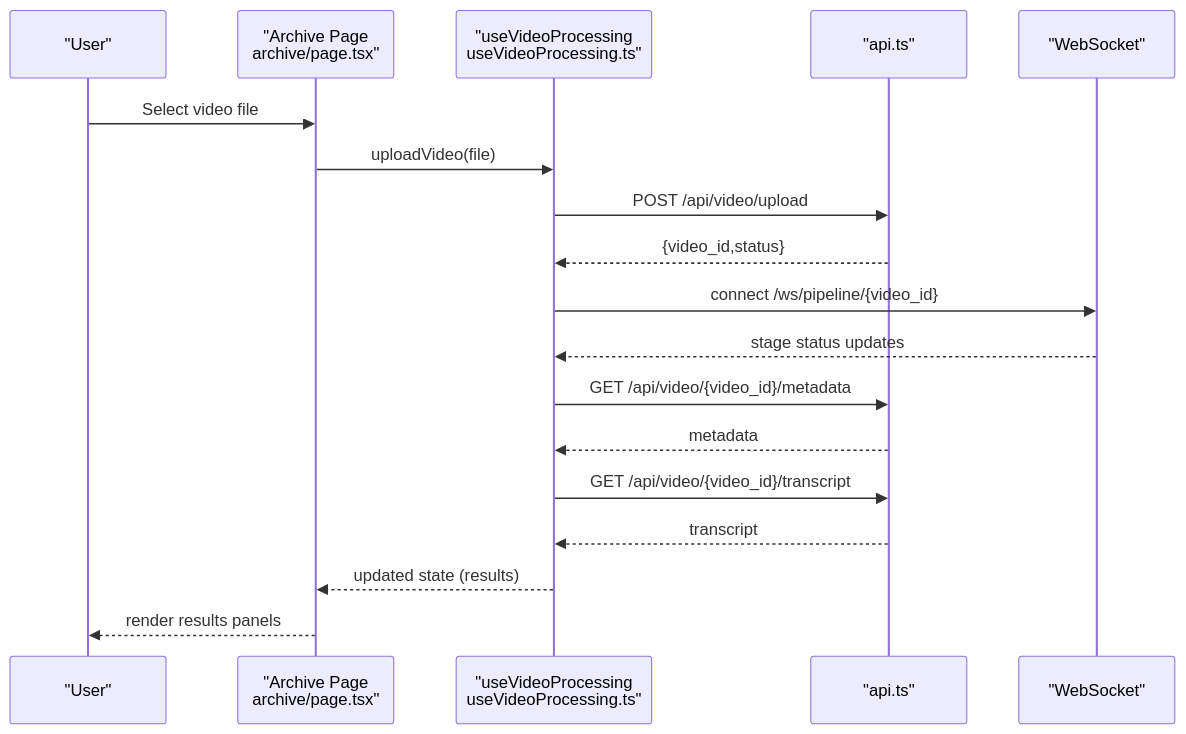
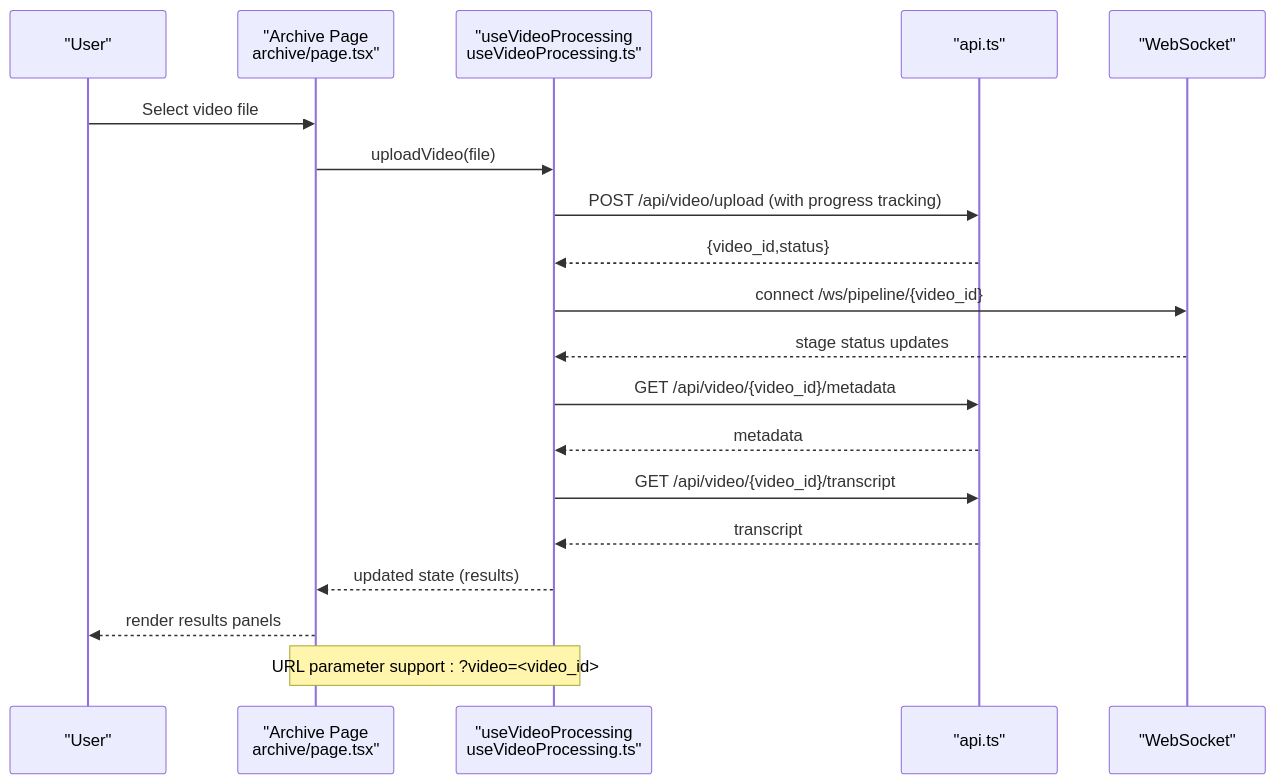
One commit to alexandreybasta-cyber/dubai-media-ai changed the fourth of 10 diagrams in .qoder/repowiki/en/content/Frontend Application/Frontend Application.md. Above: the diagram before and after it, drawn with Mermaid. The commit also changed other lines of this file and 23 other files, not shown here.

````diff
--- a/.qoder/repowiki/en/content/Frontend Application/Frontend Application.md
+++ b/.qoder/repowiki/en/content/Frontend Application/Frontend Application.md
@@ -201,20 +236,21 @@
 ```mermaid
 sequenceDiagram
 participant U as "User"
 participant AU as "Archive Page<br/>archive/page.tsx"
 participant VP as "useVideoProcessing<br/>useVideoProcessing.ts"
 participant API as "api.ts"
 participant WS as "WebSocket"
 U->>AU : Select video file
 AU->>VP : uploadVideo(file)
-VP->>API : POST /api/video/upload
+VP->>API : POST /api/video/upload (with progress tracking)
 API-->>VP : {video_id,status}
 VP->>WS : connect /ws/pipeline/{video_id}
 WS-->>VP : stage status updates
 VP->>API : GET /api/video/{video_id}/metadata
 API-->>VP : metadata
 VP->>API : GET /api/video/{video_id}/transcript
 API-->>VP : transcript
 VP-->>AU : updated state (results)
 AU-->>U : render results panels
+Note over AU,VP : URL parameter support : ?video=<video_id>
 ```
````
